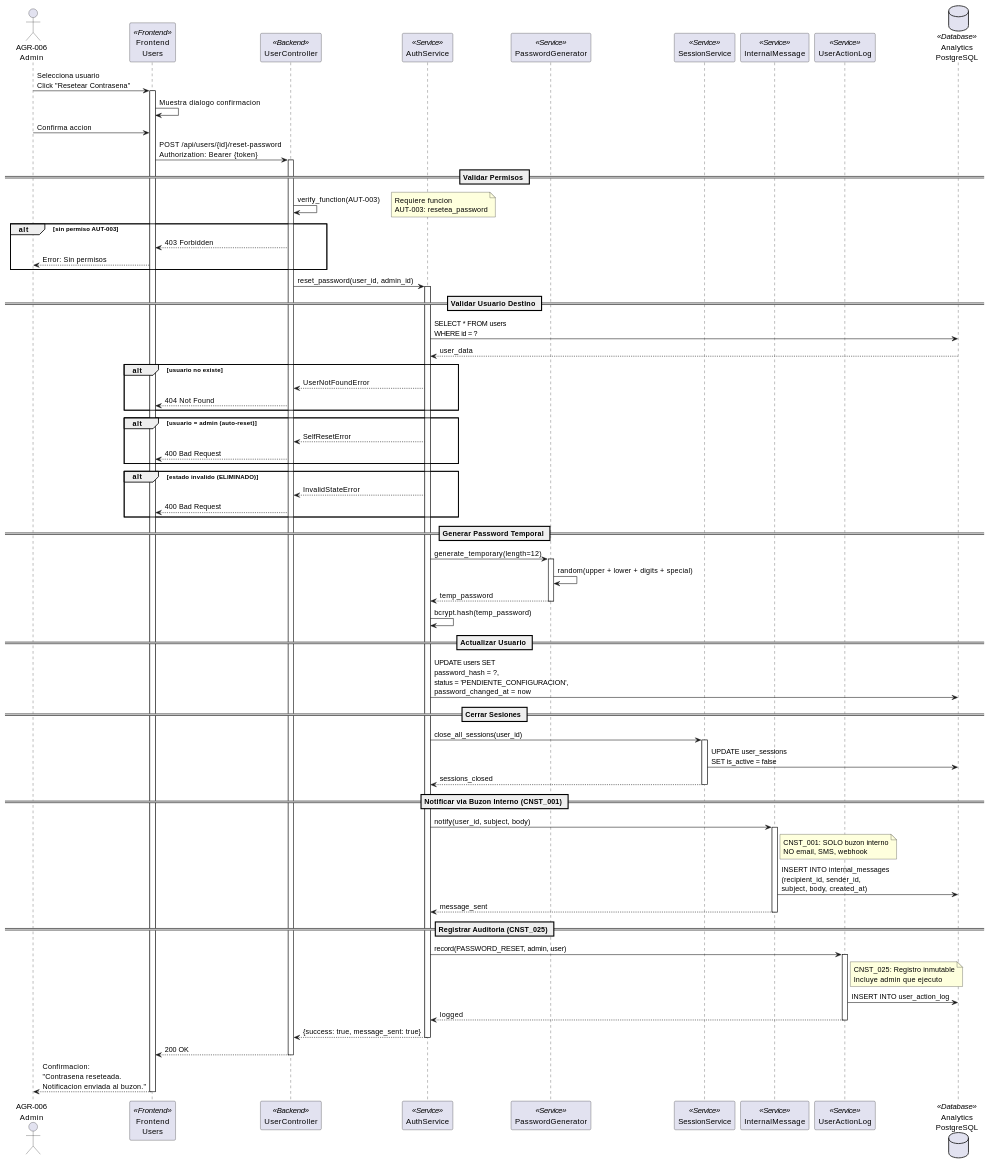
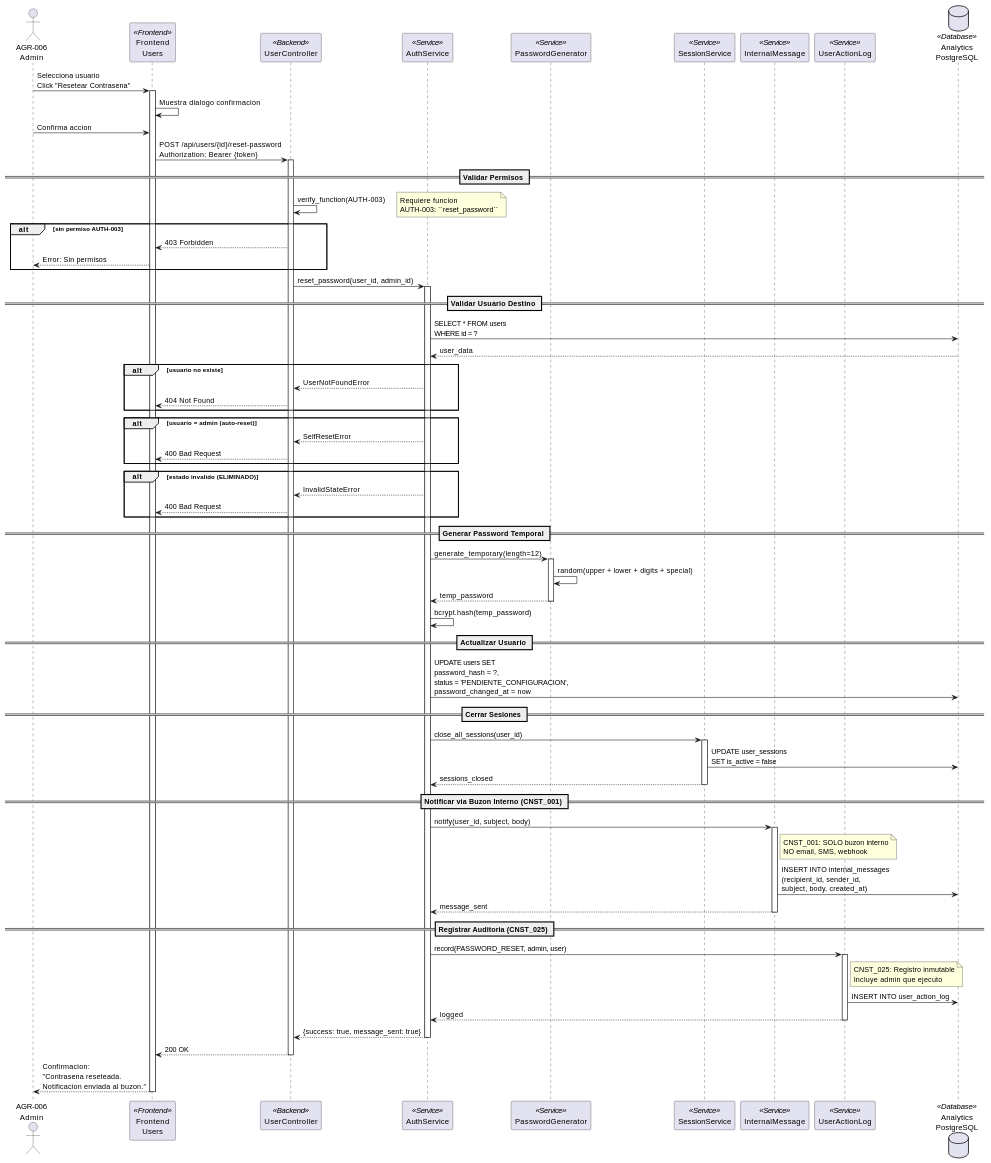
The second of 3 diagrams in source/requisitos/casos-uso/auth/uc-auth-03-recuperar-contrasena.rst (jcg-admin/IACT-docs), drawn with PlantUML before and after one commit. The commit also changed other lines of this file and 8 other files, not shown here.

```diff
--- a/source/requisitos/casos-uso/auth/uc-auth-03-recuperar-contrasena.rst
+++ b/source/requisitos/casos-uso/auth/uc-auth-03-recuperar-contrasena.rst
@@ -239,13 +239,13 @@
  activate UC
 
  == Validar Permisos ==
- UC -> UC: verify_function(AUT-003)
+ UC -> UC: verify_function(AUTH-003)
  note right
  Requiere funcion
- AUT-003: resetea_password
+ AUTH-003: ``reset_password``
  end note
 
- alt sin permiso AUT-003
+ alt sin permiso AUTH-003
  UC --> FE: 403 Forbidden
  FE --> A: Error: Sin permisos
  end
```
